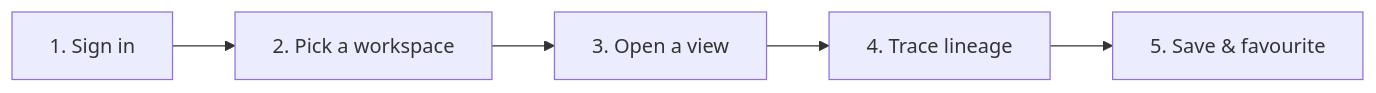
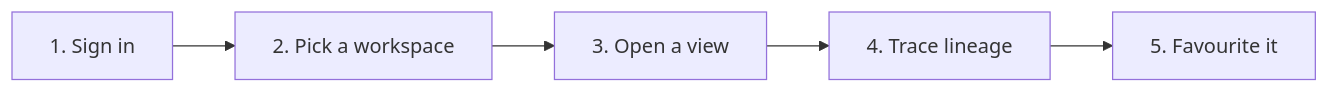
Before and after one commit to rkrumins/dataviz: the diagram in docs/guide/QUICK_START.md, drawn with Mermaid. The commit also changed other lines of this file and 35 other files, not shown here.

````diff
--- a/docs/guide/QUICK_START.md
+++ b/docs/guide/QUICK_START.md
@@ -15,7 +15,7 @@
 ```mermaid
 flowchart LR
-  A[1. Sign in] --> B[2. Pick a workspace]
-  B --> C[3. Open a view]
-  C --> D[4. Trace lineage]
-  D --> E[5. Save & favourite]
+  A["1. Sign in"] --> B["2. Pick a workspace"]
+  B --> C["3. Open a view"]
+  C --> D["4. Trace lineage"]
+  D --> E["5. Favourite it"]
 ```
````
